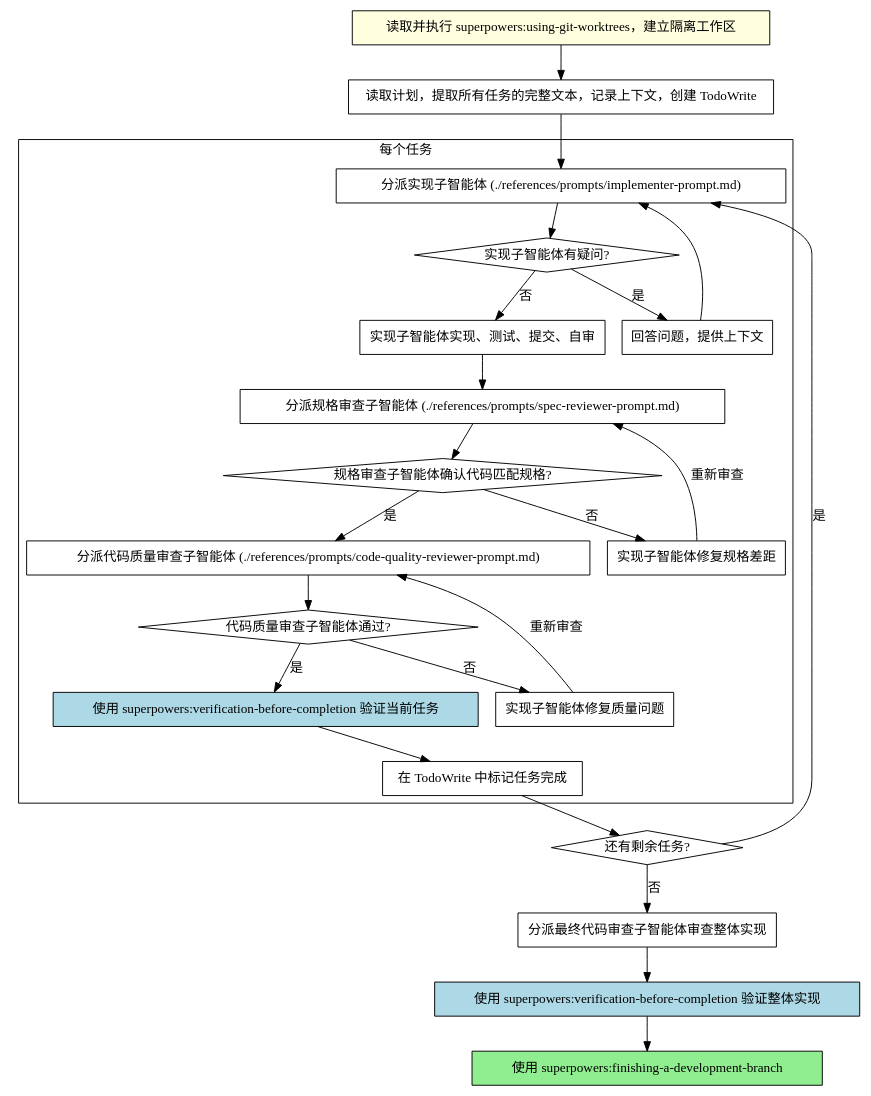
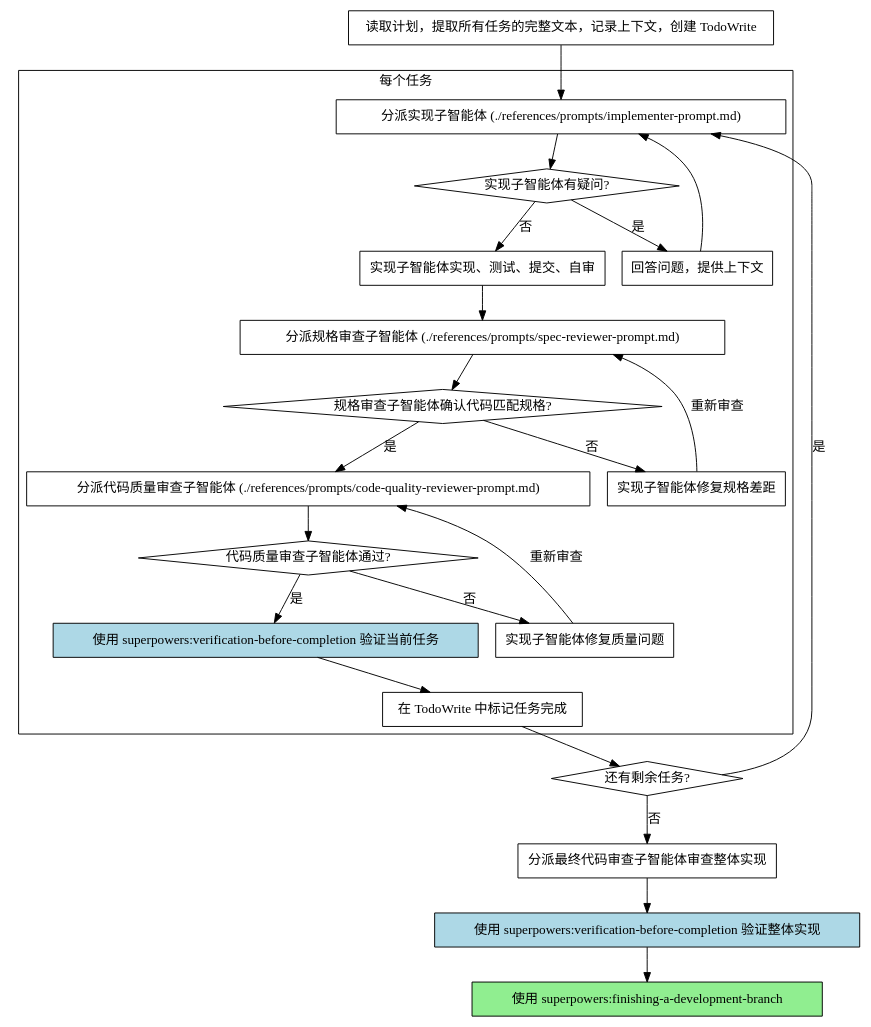
One commit to TomorrowLM/lm-skill changed the second of 2 diagrams in superpowers/skills/subagent-driven-development/SKILL.md. Above: the diagram before and after it, drawn with Graphviz. The commit also changed other lines of this file and 9 other files, not shown here.

````diff
--- a/superpowers/skills/subagent-driven-development/SKILL.md
+++ b/superpowers/skills/subagent-driven-development/SKILL.md
@@ -42,50 +68,48 @@
 ```dot
 digraph process {
     rankdir=TB;
 
     subgraph cluster_per_task {
         label="每个任务";
         "分派实现子智能体 (./references/prompts/implementer-prompt.md)" [shape=box];
         "实现子智能体有疑问?" [shape=diamond];
         "回答问题，提供上下文" [shape=box];
         "实现子智能体实现、测试、提交、自审" [shape=box];
         "分派规格审查子智能体 (./references/prompts/spec-reviewer-prompt.md)" [shape=box];
         "规格审查子智能体确认代码匹配规格?" [shape=diamond];
         "实现子智能体修复规格差距" [shape=box];
         "分派代码质量审查子智能体 (./references/prompts/code-quality-reviewer-prompt.md)" [shape=box];
         "代码质量审查子智能体通过?" [shape=diamond];
         "实现子智能体修复质量问题" [shape=box];
       "使用 superpowers:verification-before-completion 验证当前任务" [shape=box style=filled fillcolor=lightblue];
         "在 TodoWrite 中标记任务完成" [shape=box];
     }
 
-    "读取并执行 superpowers:using-git-worktrees，建立隔离工作区" [shape=box style=filled fillcolor=lightyellow];
     "读取计划，提取所有任务的完整文本，记录上下文，创建 TodoWrite" [shape=box];
     "还有剩余任务?" [shape=diamond];
     "分派最终代码审查子智能体审查整体实现" [shape=box];
     "使用 superpowers:verification-before-completion 验证整体实现" [shape=box style=filled fillcolor=lightblue];
     "使用 superpowers:finishing-a-development-branch" [shape=box style=filled fillcolor=lightgreen];
 
-    "读取并执行 superpowers:using-git-worktrees，建立隔离工作区" -> "读取计划，提取所有任务的完整文本，记录上下文，创建 TodoWrite";
     "读取计划，提取所有任务的完整文本，记录上下文，创建 TodoWrite" -> "分派实现子智能体 (./references/prompts/implementer-prompt.md)";
     "分派实现子智能体 (./references/prompts/implementer-prompt.md)" -> "实现子智能体有疑问?";
     "实现子智能体有疑问?" -> "回答问题，提供上下文" [label="是"];
     "回答问题，提供上下文" -> "分派实现子智能体 (./references/prompts/implementer-prompt.md)";
     "实现子智能体有疑问?" -> "实现子智能体实现、测试、提交、自审" [label="否"];
     "实现子智能体实现、测试、提交、自审" -> "分派规格审查子智能体 (./references/prompts/spec-reviewer-prompt.md)";
     "分派规格审查子智能体 (./references/prompts/spec-reviewer-prompt.md)" -> "规格审查子智能体确认代码匹配规格?";
     "规格审查子智能体确认代码匹配规格?" -> "实现子智能体修复规格差距" [label="否"];
     "实现子智能体修复规格差距" -> "分派规格审查子智能体 (./references/prompts/spec-reviewer-prompt.md)" [label="重新审查"];
     "规格审查子智能体确认代码匹配规格?" -> "分派代码质量审查子智能体 (./references/prompts/code-quality-reviewer-prompt.md)" [label="是"];
     "分派代码质量审查子智能体 (./references/prompts/code-quality-reviewer-prompt.md)" -> "代码质量审查子智能体通过?";
     "代码质量审查子智能体通过?" -> "实现子智能体修复质量问题" [label="否"];
     "实现子智能体修复质量问题" -> "分派代码质量审查子智能体 (./references/prompts/code-quality-reviewer-prompt.md)" [label="重新审查"];
     "代码质量审查子智能体通过?" -> "使用 superpowers:verification-before-completion 验证当前任务" [label="是"];
     "使用 superpowers:verification-before-completion 验证当前任务" -> "在 TodoWrite 中标记任务完成";
     "在 TodoWrite 中标记任务完成" -> "还有剩余任务?";
     "还有剩余任务?" -> "分派实现子智能体 (./references/prompts/implementer-prompt.md)" [label="是"];
     "还有剩余任务?" -> "分派最终代码审查子智能体审查整体实现" [label="否"];
     "分派最终代码审查子智能体审查整体实现" -> "使用 superpowers:verification-before-completion 验证整体实现";
     "使用 superpowers:verification-before-completion 验证整体实现" -> "使用 superpowers:finishing-a-development-branch";
 }
 ```
````
